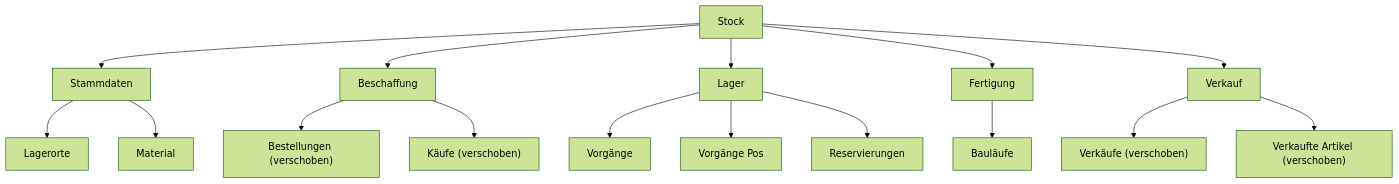
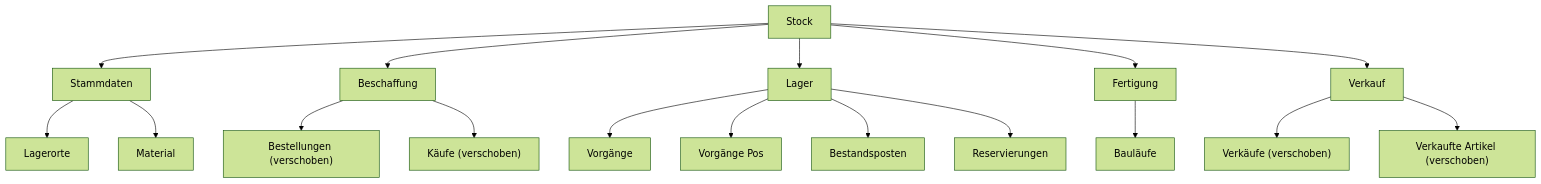
The third of 5 diagrams in docs/pakete/lager/konzept.md (sfambach/wp-taxonomy-modeler), drawn with Mermaid (forest theme) before and after one commit. The commit also changed other lines of this file and 1 other file, not shown here.

````diff
--- a/docs/pakete/lager/konzept.md
+++ b/docs/pakete/lager/konzept.md
@@ -113,18 +115,19 @@
 ```mermaid
 flowchart TB
   ST["Stock"] --> SD["Stammdaten"]
   ST --> BE["Beschaffung"]
   ST --> LV["Lager"]
   ST --> FE["Fertigung"]
   ST --> VK["Verkauf"]
   SD --> LO["Lagerorte"]
   SD --> LA["Material"]
   BE --> BS["Bestellungen (verschoben)"]
   BE --> KA["Käufe (verschoben)"]
   LV --> VG["Vorgänge"]
   LV --> BW["Vorgänge Pos"]
+  LV --> BP["Bestandsposten"]
   LV --> RS["Reservierungen"]
   FE --> BL["Bauläufe"]
   VK --> VE["Verkäufe (verschoben)"]
   VK --> VA["Verkaufte Artikel (verschoben)"]
 ```
````
